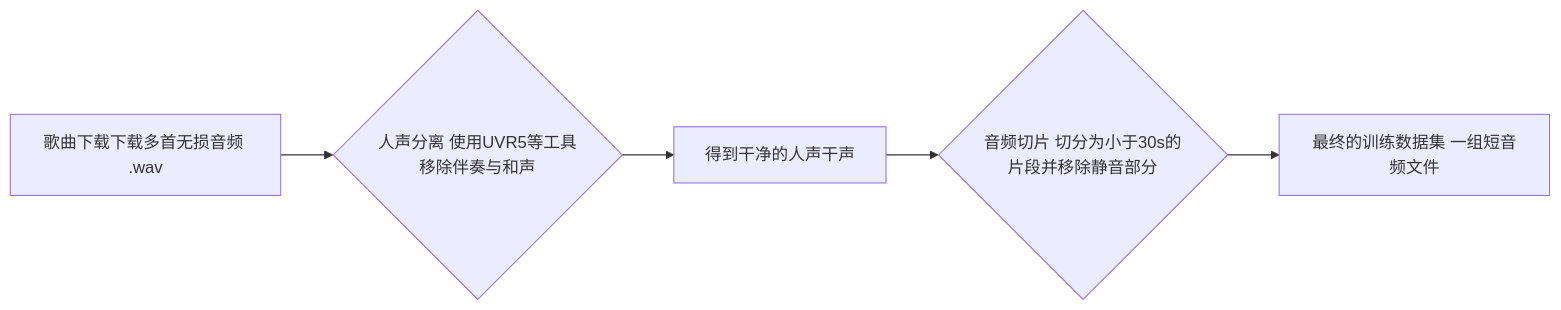
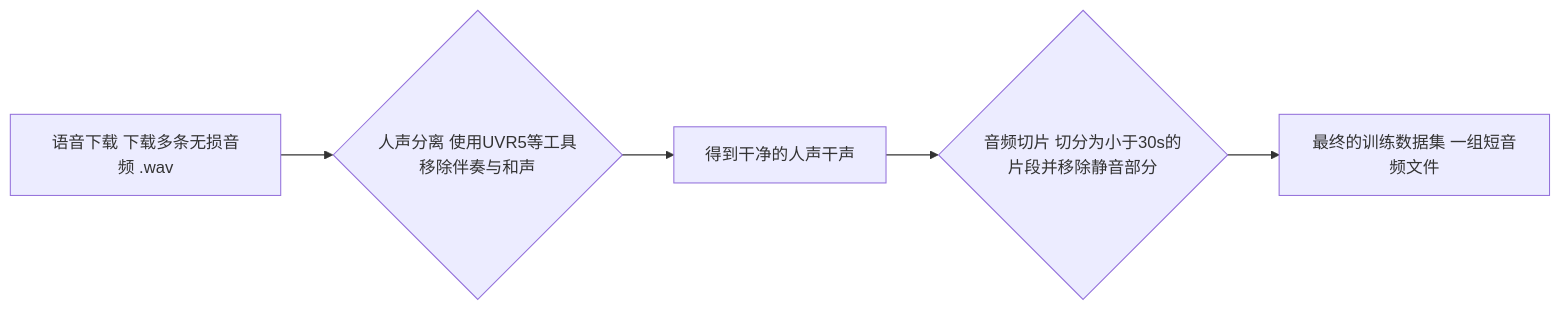
One commit to liqilun1008/sovitsvrc changed the first of 3 diagrams in README.md. Above: the diagram before and after it, drawn with Mermaid.

````diff
--- a/README.md
+++ b/README.md
@@ -17,7 +17,7 @@
 ```mermaid
 graph LR
-    A[歌曲下载下载多首无损音频 .wav] --> B{人声分离 使用UVR5等工具移除伴奏与和声};
+    A[语音下载 下载多条无损音频 .wav] --> B{人声分离 使用UVR5等工具移除伴奏与和声};
     B --> C[得到干净的人声干声];
     C --> D{音频切片 切分为小于30s的片段并移除静音部分};
     D --> E[最终的训练数据集 一组短音频文件];
 ```
````
